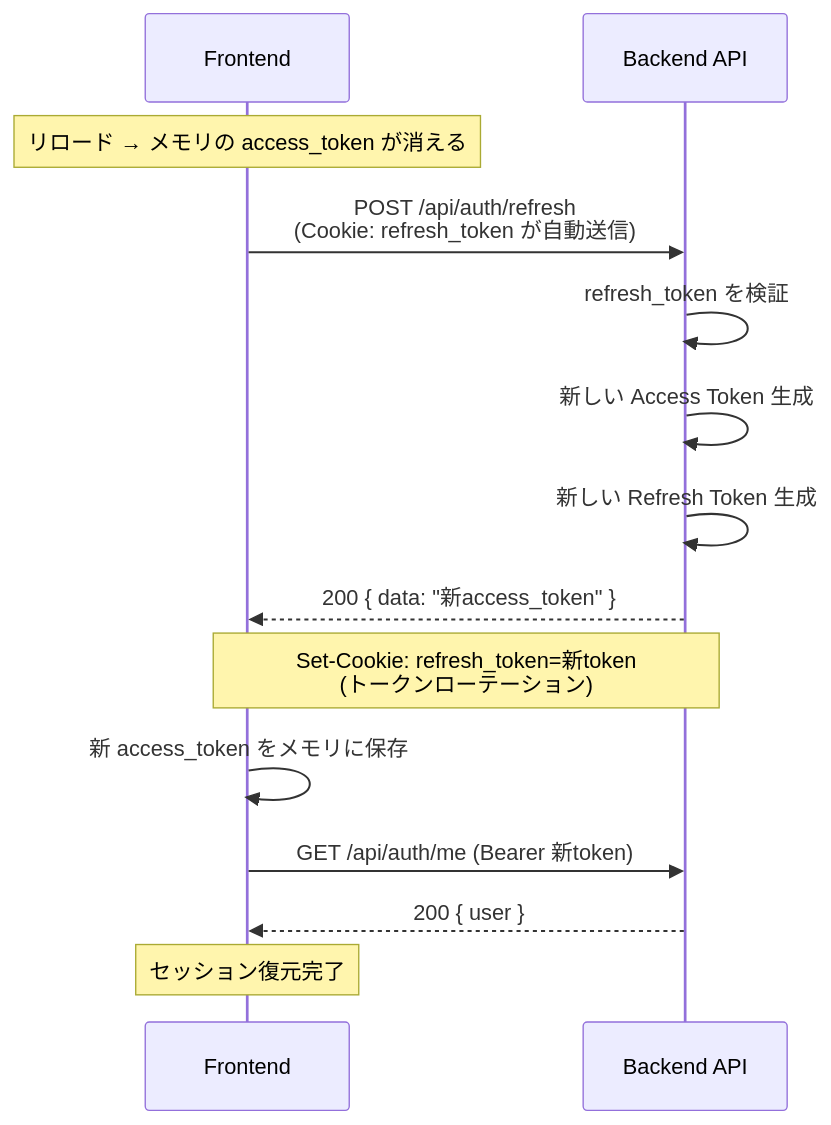
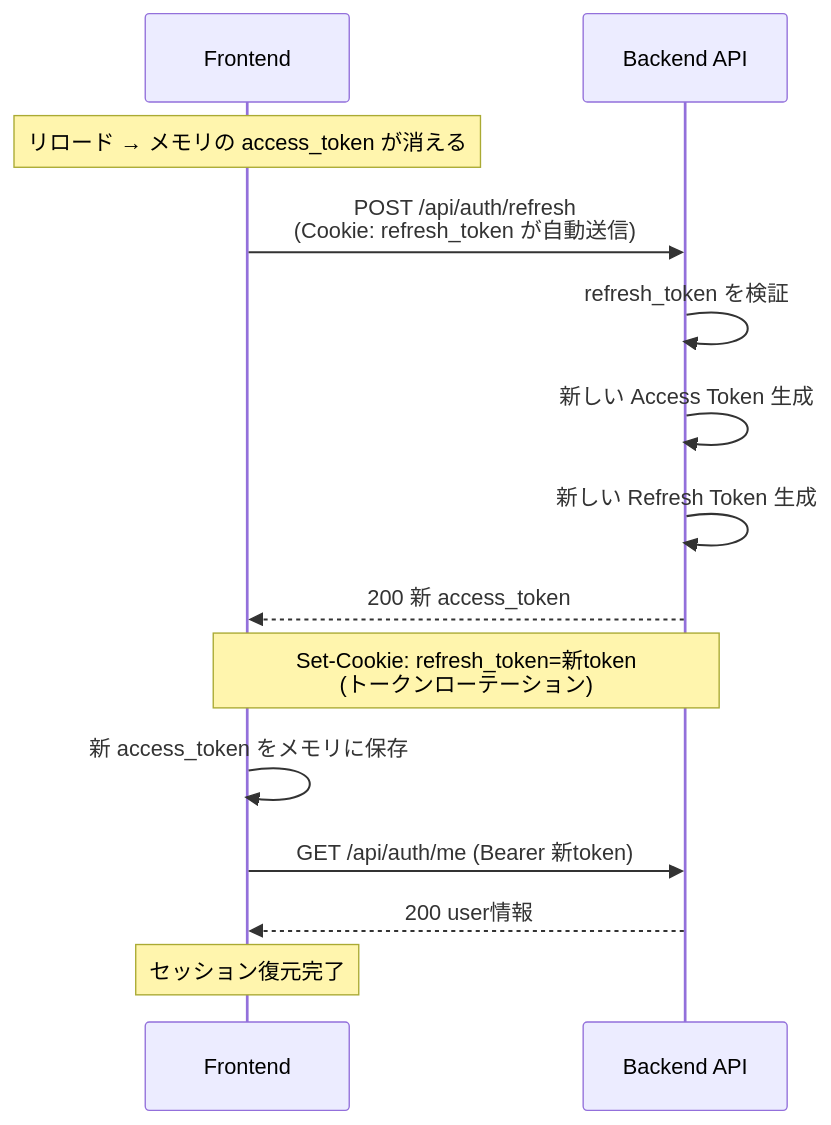
The fourth of 7 diagrams in README.md (takehiro1111/gin-todo), drawn with Mermaid before and after one commit. The commit also changed other lines of this file and 27 other files, not shown here.

````diff
--- a/README.md
+++ b/README.md
@@ -117,17 +117,17 @@
 ```mermaid
 sequenceDiagram
     participant F as Frontend
     participant API as Backend API
 
     Note over F: リロード → メモリの access_token が消える
-    F->>API: POST /api/auth/refresh<br/>(Cookie: refresh_token が自動送信)
+    F->>API: POST /api/auth/refresh<br>(Cookie: refresh_token が自動送信)
     API->>API: refresh_token を検証
     API->>API: 新しい Access Token 生成
     API->>API: 新しい Refresh Token 生成
-    API-->>F: 200 { data: "新access_token" }
-    Note over API,F: Set-Cookie: refresh_token=新token<br/>(トークンローテーション)
+    API-->>F: 200 新 access_token
+    Note over API,F: Set-Cookie: refresh_token=新token<br>(トークンローテーション)
     F->>F: 新 access_token をメモリに保存
     F->>API: GET /api/auth/me (Bearer 新token)
-    API-->>F: 200 { user }
+    API-->>F: 200 user情報
     Note over F: セッション復元完了
 ```
````
